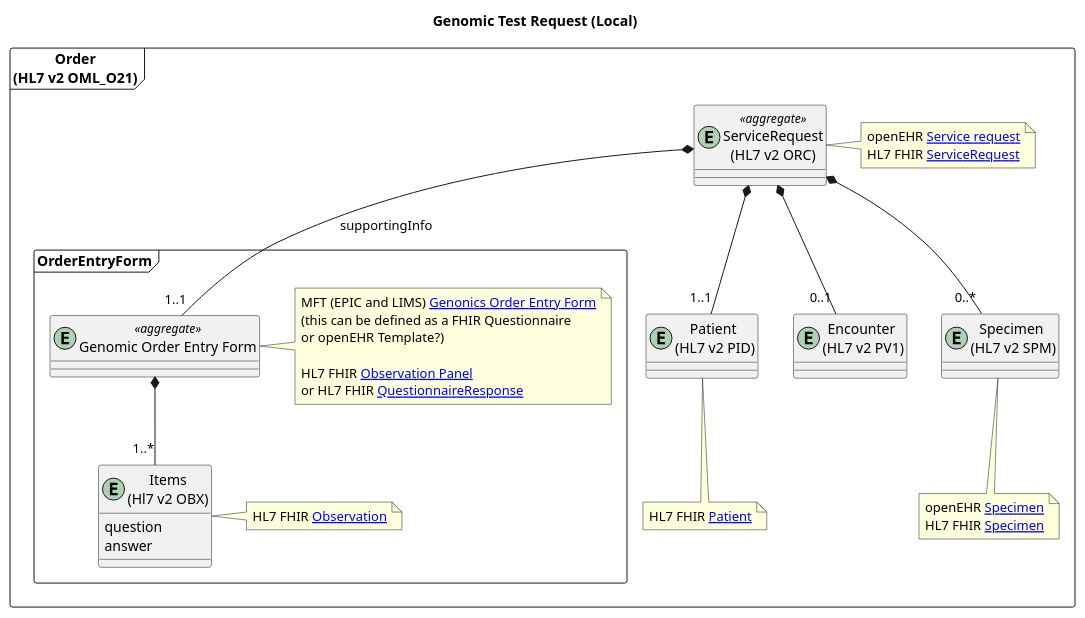
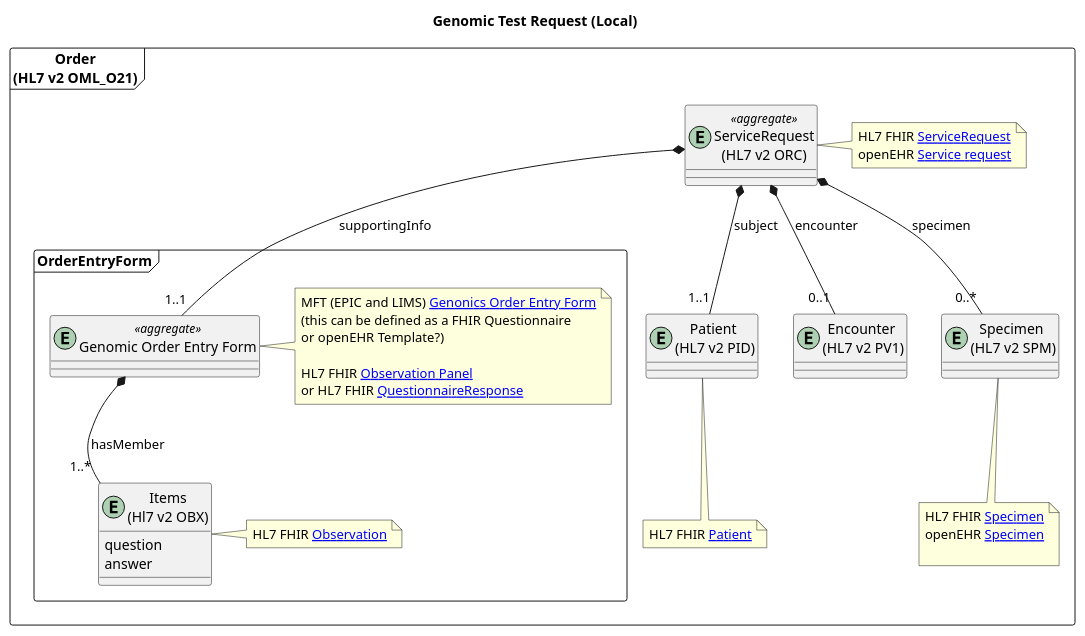
Before and after one commit to nw-gmsa/nw-gmsa.github.com: the diagram in input/images-source/orders-model-regional.plantuml, drawn with PlantUML.

```diff
--- a/input/images-source/orders-model-regional.plantuml
+++ b/input/images-source/orders-model-regional.plantuml
@@ -1,61 +1,61 @@
 @startuml
 
 title "Genomic Test Request (Local)"
 
 
 frame "Order\n(HL7 v2 OML_O21)"  as Order {
 
   entity "Patient \n(HL7 v2 PID)" as PID
 
   note bottom of PID
   HL7 FHIR [[StructureDefinition-Patient.html Patient]]
   end note
 
   entity "Encounter \n(HL7 v2 PV1)" as PV1
 
   entity "ServiceRequest\n(HL7 v2 ORC)" as ORC <<aggregate>>
 
   entity "Specimen \n(HL7 v2 SPM)" as SPM
 
   note bottom of SPM
+  HL7 FHIR [[StructureDefinition-Specimen.html Specimen]]
   openEHR [[https://ckm.openehr.org/ckm/archetypes/1013.1.331 Specimen]]
-  HL7 FHIR [[StructureDefinition-Specimen.html Specimen]]
+
   end note
 
   note right of ORC
+HL7 FHIR [[StructureDefinition-ServiceRequest.html ServiceRequest]]
 openEHR [[https://ckm.openehr.org/ckm/archetypes/1013.1.614 Service request]]
-HL7 FHIR [[StructureDefinition-ServiceRequest.html ServiceRequest]]
 end note
 
   frame OrderEntryForm {
     entity "Genomic Order Entry Form" as QR <<aggregate>>
 
     entity "Items\n(Hl7 v2 OBX)" as OBX {
       question
       answer
     }
 
     note right of QR
     MFT (EPIC and LIMS) [[Questionnaire-NW-Genomics-Test-Order.html Genonics Order Entry Form]]
     (this can be defined as a FHIR Questionnaire
     or openEHR Template?)
 
     HL7 FHIR [[StructureDefinition-Observation-Panel.html Observation Panel]]
     or HL7 FHIR [[StructureDefinition-QuestionnaireResponse.html QuestionnaireResponse]]
     end note
 
     note right of OBX
     HL7 FHIR [[StructureDefinition-Observation.html Observation]]
     end note
   }
 }
 
 
-ORC *-- "0..*" SPM
-ORC *-- "1..1" PID
-ORC *-- "0..1" PV1
+ORC *-- "0..*" SPM : specimen
+ORC *-- "1..1" PID : subject
+ORC *-- "0..1" PV1 : encounter
 ORC *-- "1..1" QR : supportingInfo
-QR *-- "1..*" OBX
-
+QR *-- "1..*" OBX: hasMember
 
 @enduml
```
